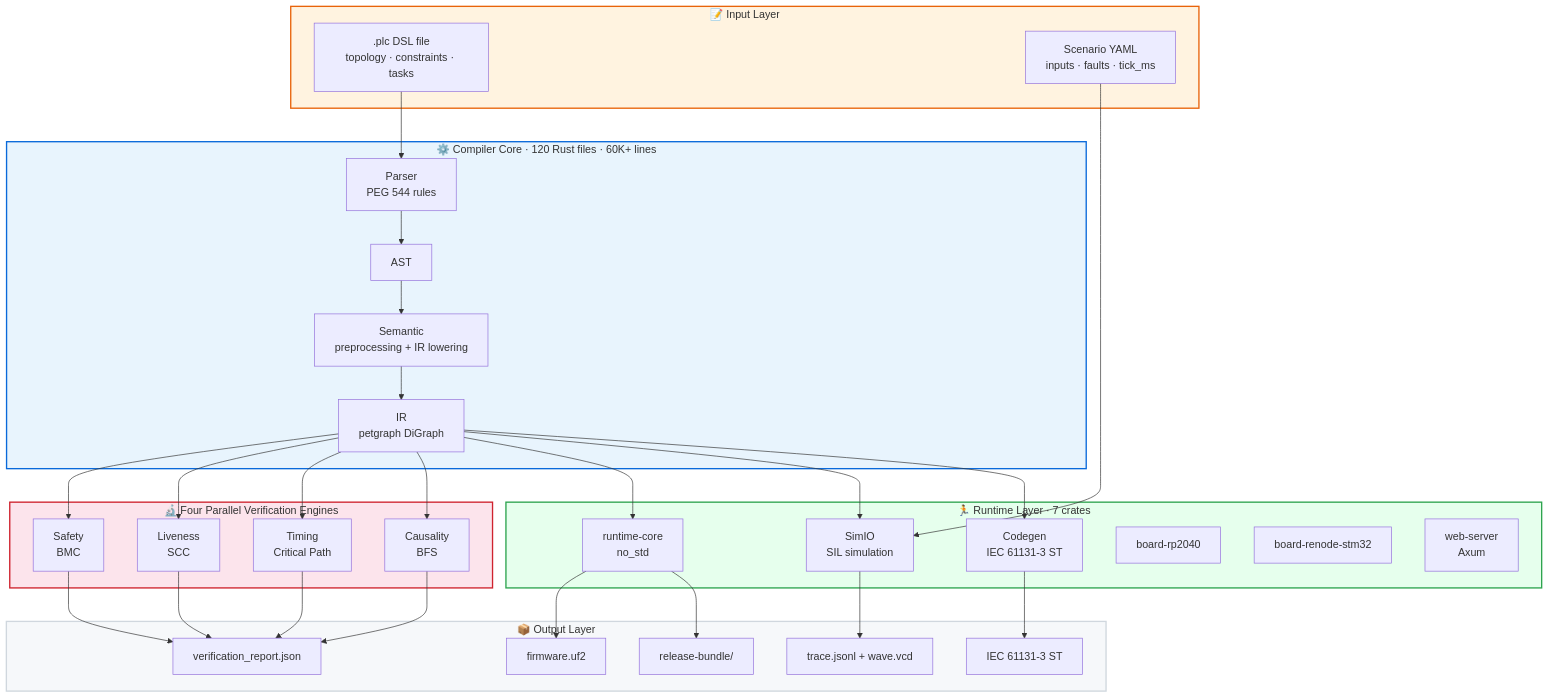
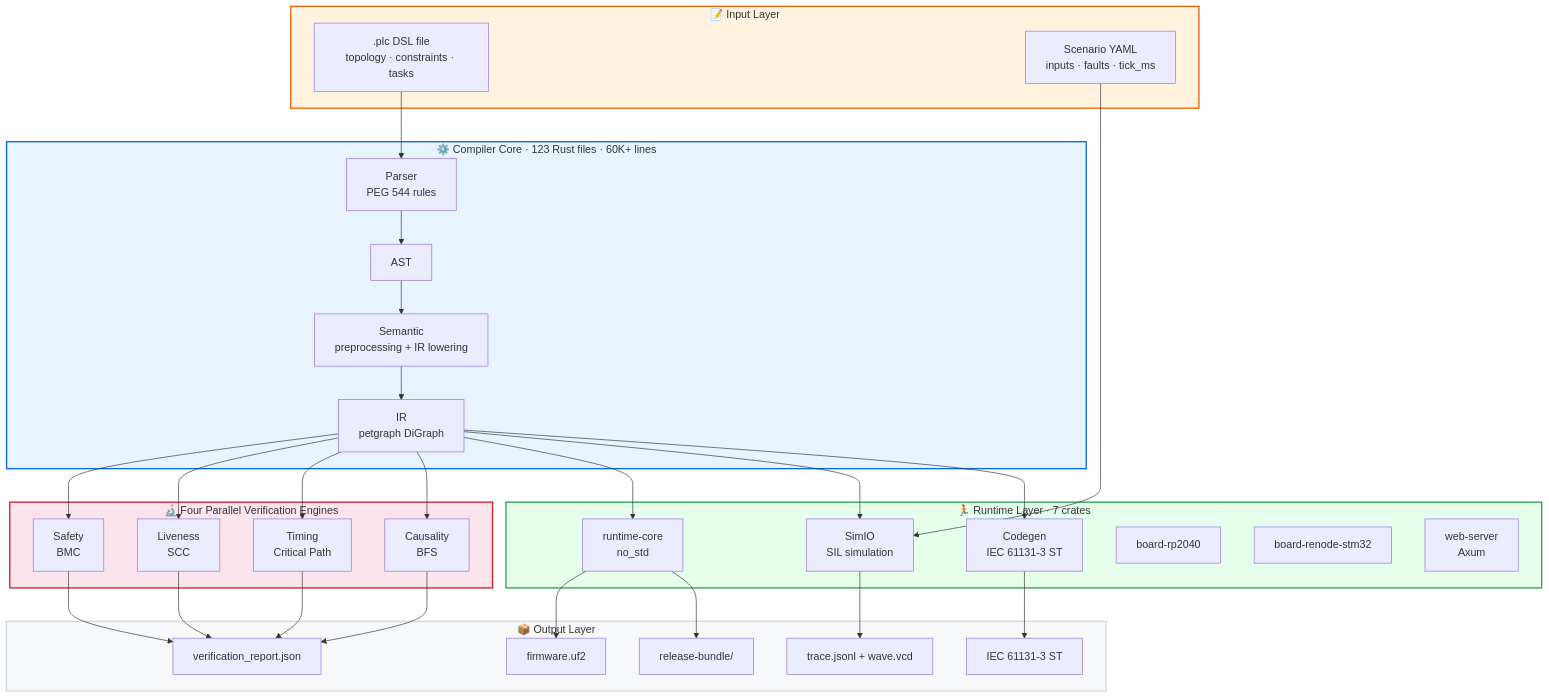
One commit to xxrust/RustPLC changed the second of 2 diagrams in README_EN.md. Above: the diagram before and after it, drawn with Mermaid. The commit also changed other lines of this file and 12 other files, not shown here.

````diff
--- a/README_EN.md
+++ b/README_EN.md
@@ -313,53 +324,53 @@
 ```mermaid
 graph TB
     subgraph Input["📝 Input Layer"]
         PLC[".plc DSL file<br/>topology · constraints · tasks"]
         YAML["Scenario YAML<br/>inputs · faults · tick_ms"]
     end
 
-    subgraph Compiler["⚙️ Compiler Core · 120 Rust files · 60K+ lines"]
+    subgraph Compiler["⚙️ Compiler Core · 123 Rust files · 60K+ lines"]
         PARSE["Parser<br/>PEG 544 rules"] --> AST["AST"]
         AST --> SEM["Semantic<br/>preprocessing + IR lowering"]
         SEM --> IR["IR<br/>petgraph DiGraph"]
     end
 
     subgraph Verify["🔬 Four Parallel Verification Engines"]
         S["Safety<br/>BMC"]
         L["Liveness<br/>SCC"]
         T["Timing<br/>Critical Path"]
         C["Causality<br/>BFS"]
     end
 
     subgraph Runtime["🏃 Runtime Layer · 7 crates"]
         RT["runtime-core<br/>no_std"]
         SIM["SimIO<br/>SIL simulation"]
         CG["Codegen<br/>IEC 61131-3 ST"]
         RP["board-rp2040"]
         RE["board-renode-stm32"]
         WEB["web-server<br/>Axum"]
     end
 
     subgraph Output["📦 Output Layer"]
         VR["verification_report.json"]
         ST["IEC 61131-3 ST"]
         FW["firmware.uf2"]
         TR["trace.jsonl + wave.vcd"]
         RB["release-bundle/"]
     end
 
     PLC --> PARSE
     YAML --> SIM
     IR --> S & L & T & C
     S & L & T & C --> VR
     IR --> RT & SIM & CG
     RT --> FW
     CG --> ST
     SIM --> TR
     RT --> RB
 
     style Input fill:#fff3e0,stroke:#e8630a,stroke-width:2px
     style Compiler fill:#e8f4fd,stroke:#0969da,stroke-width:2px
     style Verify fill:#fce4ec,stroke:#cf222e,stroke-width:2px
     style Runtime fill:#e6ffed,stroke:#2ea44f,stroke-width:2px
     style Output fill:#f6f8fa,stroke:#d0d7de,stroke-width:2px
 ```
````
